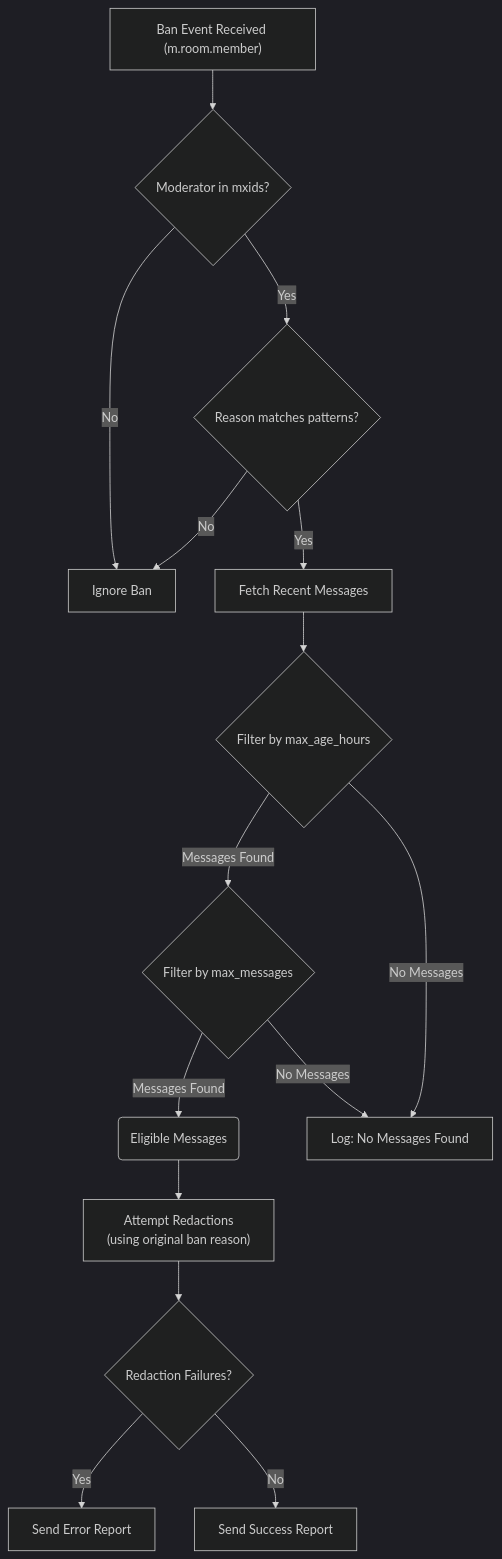
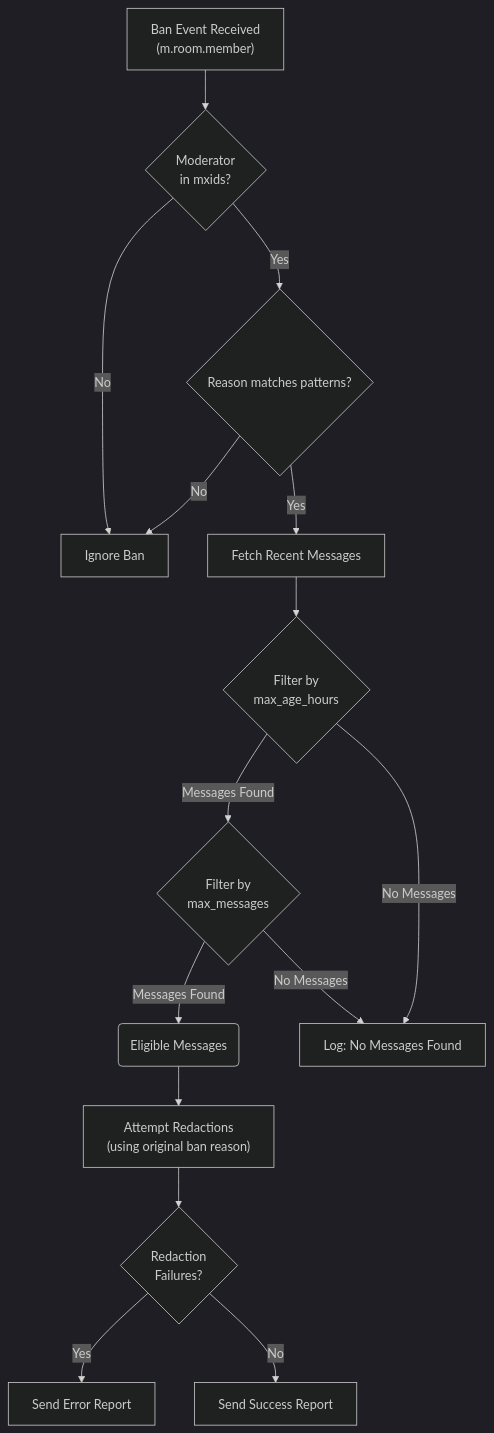
One commit to tcpipuk/maubot-redactor changed the diagram in README.md. Above: the diagram before and after it, drawn with Mermaid (dark theme).

Commit message:
More line breaks

````diff
--- a/README.md
+++ b/README.md
@@ -97,20 +97,20 @@
 ```mermaid
 graph TD
-    A["Ban Event Received (m.room.member)"] --> CheckModerator{Moderator in mxids?};
+    A["Ban Event Received<br>(m.room.member)"] --> CheckModerator{Moderator<br>in mxids?};
 
     CheckModerator -- Yes --> CheckReason{Reason matches patterns?};
     CheckModerator -- No --> Z[Ignore Ban];
     CheckReason -- Yes --> FetchMessages["Fetch Recent Messages"];
     CheckReason -- No --> Z;
 
-    FetchMessages --> FilterAge{Filter by max_age_hours};
-    FilterAge -- Messages Found --> FilterCount{Filter by max_messages};
+    FetchMessages --> FilterAge{Filter by<br>max_age_hours};
+    FilterAge -- Messages Found --> FilterCount{Filter by<br>max_messages};
     FilterCount -- Messages Found --> ProcessedMessages(Eligible Messages);
     ProcessedMessages --> AttemptRedactions["Attempt Redactions<br>(using original ban reason)"];
     FilterCount -- No Messages --> Y;
     FilterAge -- No Messages --> Y[Log: No Messages Found];
 
-    AttemptRedactions --> CheckFailures{Redaction Failures?};
+    AttemptRedactions --> CheckFailures{Redaction<br>Failures?};
     CheckFailures -- Yes --> SendError[Send Error Report];
     CheckFailures -- No --> SendSuccess[Send Success Report];
 ```
````
